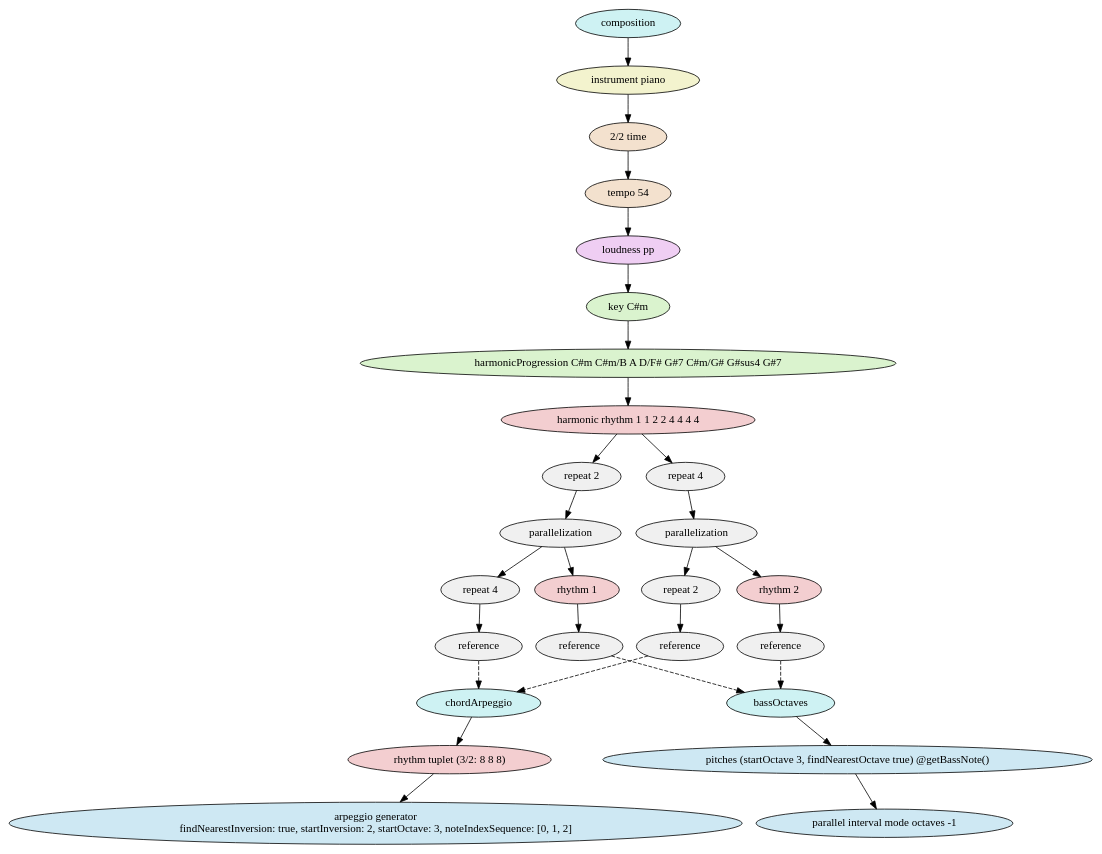
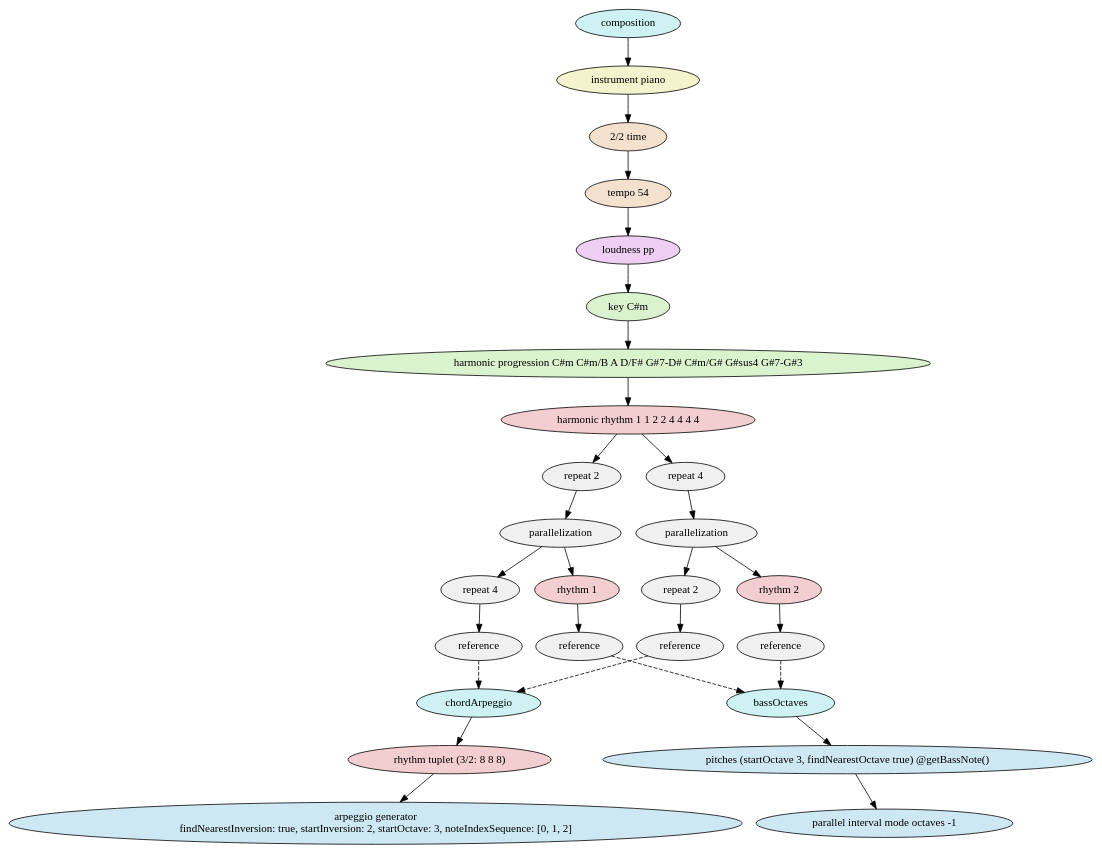
The diagram in Composition Models/Beethoven/Op27No2_PianoSonataInCSharpMinor/Op27No2_MoonlightSonata_Movement1_TreeModel.dot (david-pace/mps-examples), drawn with Graphviz before and after one commit. The commit also changed 34 other files, not shown here.

```diff
--- a/Composition Models/Beethoven/Op27No2_PianoSonataInCSharpMinor/Op27No2_MoonlightSonata_Movement1_TreeModel.dot
+++ b/Composition Models/Beethoven/Op27No2_PianoSonataInCSharpMinor/Op27No2_MoonlightSonata_Movement1_TreeModel.dot
@@ -1,57 +1,57 @@
 digraph compositionModel {
     graph [ordering="out"];
     n0 [fillcolor="#cef2f3",style="filled",label="composition"];
     n1 [fillcolor="#f3f3ce",style="filled",label="instrument piano"];
     n0 -> n1;
     n2 [fillcolor="#f3e1ce",style="filled",label="2/2 time"];
     n1 -> n2;
     n3 [fillcolor="#f3e1ce",style="filled",label="tempo 54"];
     n2 -> n3;
     n4 [fillcolor="#efcef3",style="filled",label="loudness pp"];
     n3 -> n4;
     n5 [fillcolor="#daf3ce",style="filled",label="key C#m"];
     n4 -> n5;
-    n6 [fillcolor="#daf3ce",style="filled",label="harmonicProgression C#m C#m/B A D/F# G#7 C#m/G# G#sus4 G#7"];
+    n6 [fillcolor="#daf3ce",style="filled",label="harmonic progression C#m C#m/B A D/F# G#7-D# C#m/G# G#sus4 G#7-G#3"];
     n5 -> n6;
     n7 [fillcolor="#f3ced0",style="filled",label="harmonic rhythm 1 1 2 2 4 4 4 4"];
     n6 -> n7;
     n8 [fillcolor="#f0f0f0",style="filled",label="repeat 2"];
     n7 -> n8;
     n9 [fillcolor="#f0f0f0",style="filled",label="parallelization"];
     n8 -> n9;
     n10 [fillcolor="#f0f0f0",style="filled",label="repeat 4"];
     n9 -> n10;
     n11 [fillcolor="#f0f0f0",style="filled",label="reference"];
     n10 -> n11;
     n12 [fillcolor="#f3ced0",style="filled",label="rhythm 1"];
     n9 -> n12;
     n13 [fillcolor="#f0f0f0",style="filled",label="reference"];
     n12 -> n13;
     n14 [fillcolor="#f0f0f0",style="filled",label="repeat 4"];
     n7 -> n14;
     n15 [fillcolor="#f0f0f0",style="filled",label="parallelization"];
     n14 -> n15;
     n16 [fillcolor="#f0f0f0",style="filled",label="repeat 2"];
     n15 -> n16;
     n17 [fillcolor="#f0f0f0",style="filled",label="reference"];
     n16 -> n17;
     n18 [fillcolor="#f3ced0",style="filled",label="rhythm 2"];
     n15 -> n18;
     n19 [fillcolor="#f0f0f0",style="filled",label="reference"];
     n18 -> n19;
     n20 [fillcolor="#cef2f3",style="filled",label="chordArpeggio"];
     n21 [fillcolor="#f3ced0",style="filled",label="rhythm tuplet (3/2: 8 8 8)"];
     n20 -> n21;
     n22 [fillcolor="#cee8f3",style="filled",label="arpeggio generator
 findNearestInversion: true, startInversion: 2, startOctave: 3, noteIndexSequence: [0, 1, 2]"];
     n21 -> n22;
     n23 [fillcolor="#cef2f3",style="filled",label="bassOctaves"];
     n24 [fillcolor="#cee8f3",style="filled",label="pitches (startOctave 3, findNearestOctave true) @getBassNote()"];
     n23 -> n24;
     n25 [fillcolor="#cee8f3",style="filled",label="parallel interval mode octaves -1"];
     n24 -> n25;
     n11 -> n20 [style="dashed"];
     n13 -> n23 [style="dashed"];
     n17 -> n20 [style="dashed"];
     n19 -> n23 [style="dashed"];
 }
```
